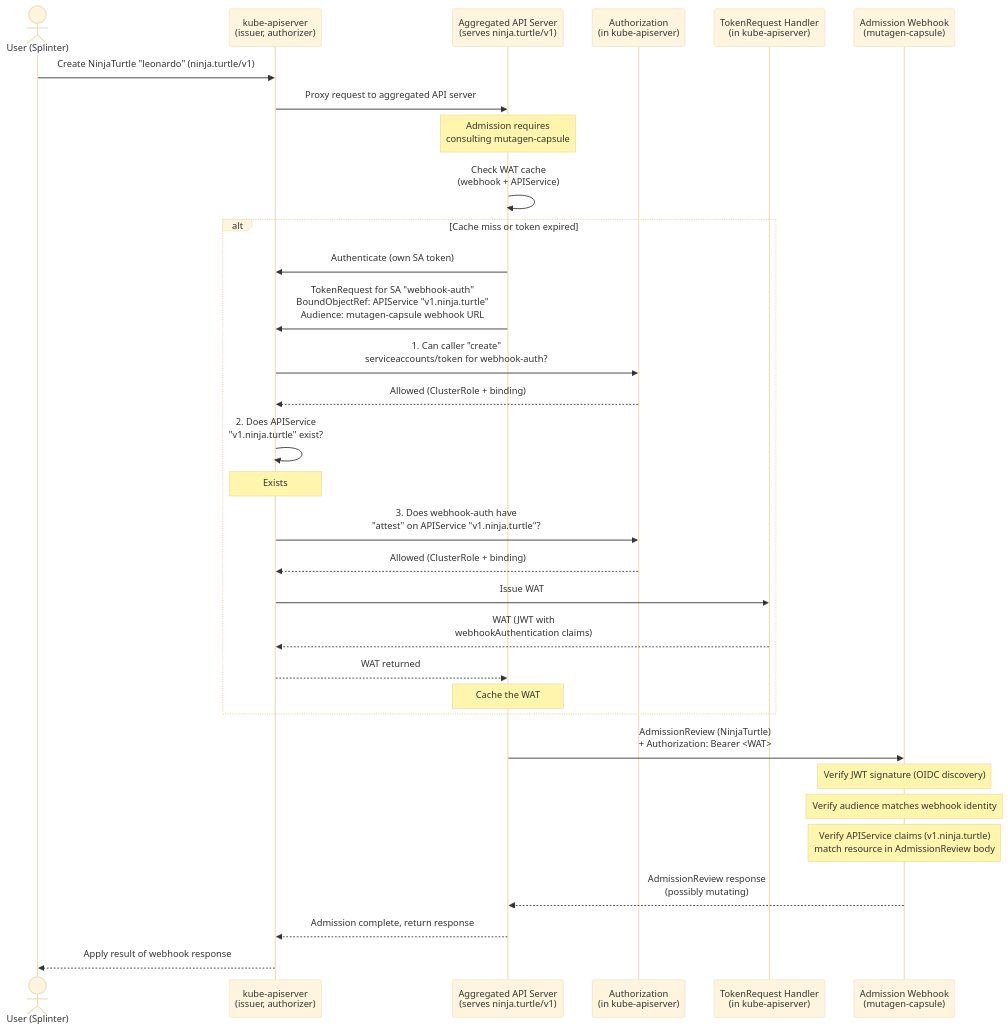
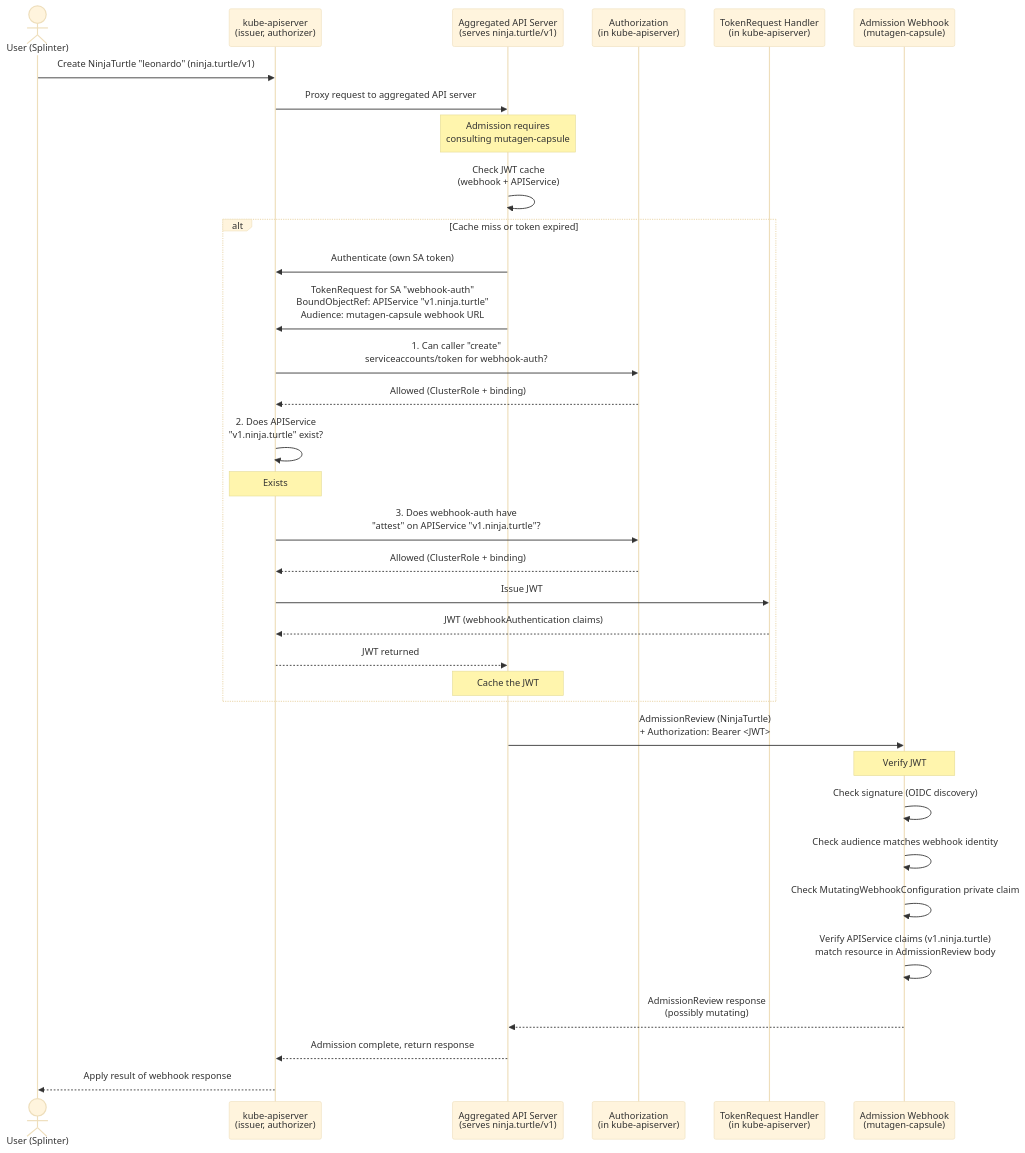
The second of 3 diagrams in keps/sig-auth/6060-api-server-authentication-to-webhooks/README.md (pmengelbert/enhancements), drawn with Mermaid (base theme) before and after one commit. The commit also changed other lines of this file, not shown here.

First line of the commit message:
KEP-6060: expand sequence diagram flows with TMNT narrative

````diff
--- a/keps/sig-auth/6060-api-server-authentication-to-webhooks/README.md
+++ b/keps/sig-auth/6060-api-server-authentication-to-webhooks/README.md
@@ -529,46 +507,48 @@
 ```mermaid
 sequenceDiagram
     actor Splinter as User (Splinter)
     participant KAS as kube-apiserver<br/>(issuer, authorizer)
     participant AAS as Aggregated API Server<br/>(serves ninja.turtle/v1)
     participant Authz as Authorization<br/>(in kube-apiserver)
     participant TokenReq as TokenRequest Handler<br/>(in kube-apiserver)
     participant Webhook as Admission Webhook<br/>(mutagen-capsule)
 
     Splinter->>KAS: Create NinjaTurtle "leonardo" (ninja.turtle/v1)
     KAS->>AAS: Proxy request to aggregated API server
 
     Note over AAS: Admission requires<br/>consulting mutagen-capsule
 
-    AAS->>AAS: Check WAT cache<br/>(webhook + APIService)
+    AAS->>AAS: Check JWT cache<br/>(webhook + APIService)
     alt Cache miss or token expired
         AAS->>KAS: Authenticate (own SA token)
 
         AAS->>KAS: TokenRequest for SA "webhook-auth"<br/>BoundObjectRef: APIService "v1.ninja.turtle"<br/>Audience: mutagen-capsule webhook URL
 
         KAS->>Authz: 1. Can caller "create"<br/>serviceaccounts/token for webhook-auth?
         Authz-->>KAS: Allowed (ClusterRole + binding)
 
         KAS->>KAS: 2. Does APIService<br/>"v1.ninja.turtle" exist?
         Note over KAS: Exists
 
         KAS->>Authz: 3. Does webhook-auth have<br/>"attest" on APIService "v1.ninja.turtle"?
         Authz-->>KAS: Allowed (ClusterRole + binding)
 
-        KAS->>TokenReq: Issue WAT
-        TokenReq-->>KAS: WAT (JWT with<br/>webhookAuthentication claims)
+        KAS->>TokenReq: Issue JWT
+        TokenReq-->>KAS: JWT (webhookAuthentication claims)
 
-        KAS-->>AAS: WAT returned
-        Note over AAS: Cache the WAT
+        KAS-->>AAS: JWT returned
+        Note over AAS: Cache the JWT
     end
 
-    AAS->>Webhook: AdmissionReview (NinjaTurtle)<br/>+ Authorization: Bearer <WAT>
+    AAS->>Webhook: AdmissionReview (NinjaTurtle)<br/>+ Authorization: Bearer <JWT>
 
-    Note over Webhook: Verify JWT signature (OIDC discovery)
-    Note over Webhook: Verify audience matches webhook identity
-    Note over Webhook: Verify APIService claims (v1.ninja.turtle)<br/>match resource in AdmissionReview body
+      Note over Webhook: Verify JWT
+    Webhook->>Webhook: Check signature (OIDC discovery)
+    Webhook->>Webhook: Check audience matches webhook identity
+    Webhook->>Webhook: Check MutatingWebhookConfiguration private claim
+    Webhook->>Webhook: Verify APIService claims (v1.ninja.turtle)<br/>match resource in AdmissionReview body
 
     Webhook-->>AAS: AdmissionReview response<br/>(possibly mutating)
     AAS-->>KAS: Admission complete, return response
     KAS-->>Splinter: Apply result of webhook response
 ```
````
